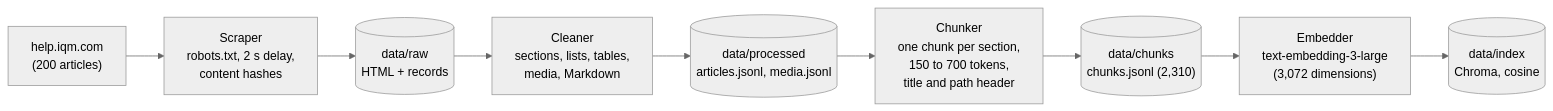
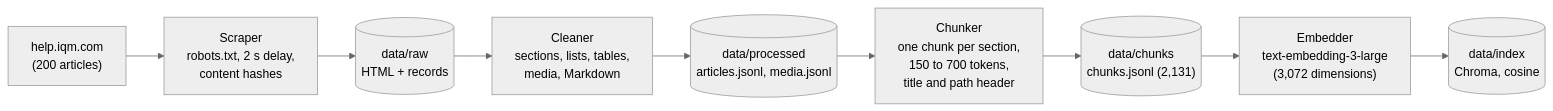
One commit to nisargdoshi9/iqm-rag changed the first of 2 diagrams in docs/architecture.md. Above: the diagram before and after it, drawn with Mermaid (neutral theme). The commit also changed other lines of this file and 7 other files, not shown here.

Commit message:
Docs for the improvements: decision record, evaluation report, README, architecture, write-up, env example

````diff
--- a/docs/architecture.md
+++ b/docs/architecture.md
@@ -8,11 +8,11 @@
 ```mermaid
 flowchart LR
     HC["help.iqm.com<br/>(200 articles)"] --> SC["Scraper<br/>robots.txt, 2 s delay,<br/>content hashes"]
     SC --> RAW[("data/raw<br/>HTML + records")]
     RAW --> CL["Cleaner<br/>sections, lists, tables,<br/>media, Markdown"]
     CL --> PRO[("data/processed<br/>articles.jsonl, media.jsonl")]
     PRO --> CH["Chunker<br/>one chunk per section,<br/>150 to 700 tokens,<br/>title and path header"]
-    CH --> CHK[("data/chunks<br/>chunks.jsonl (2,310)")]
+    CH --> CHK[("data/chunks<br/>chunks.jsonl (2,131)")]
     CHK --> EM["Embedder<br/>text-embedding-3-large<br/>(3,072 dimensions)"]
     EM --> IDX[("data/index<br/>Chroma, cosine")]
 ```
````
